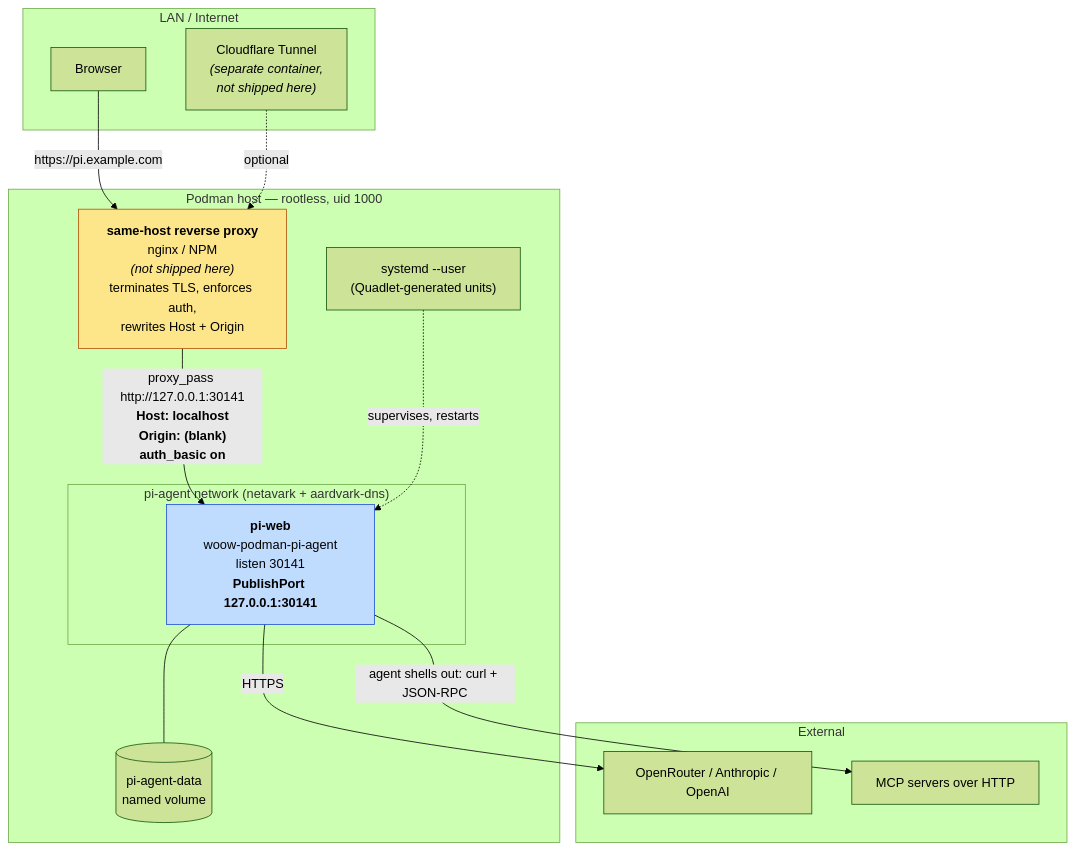
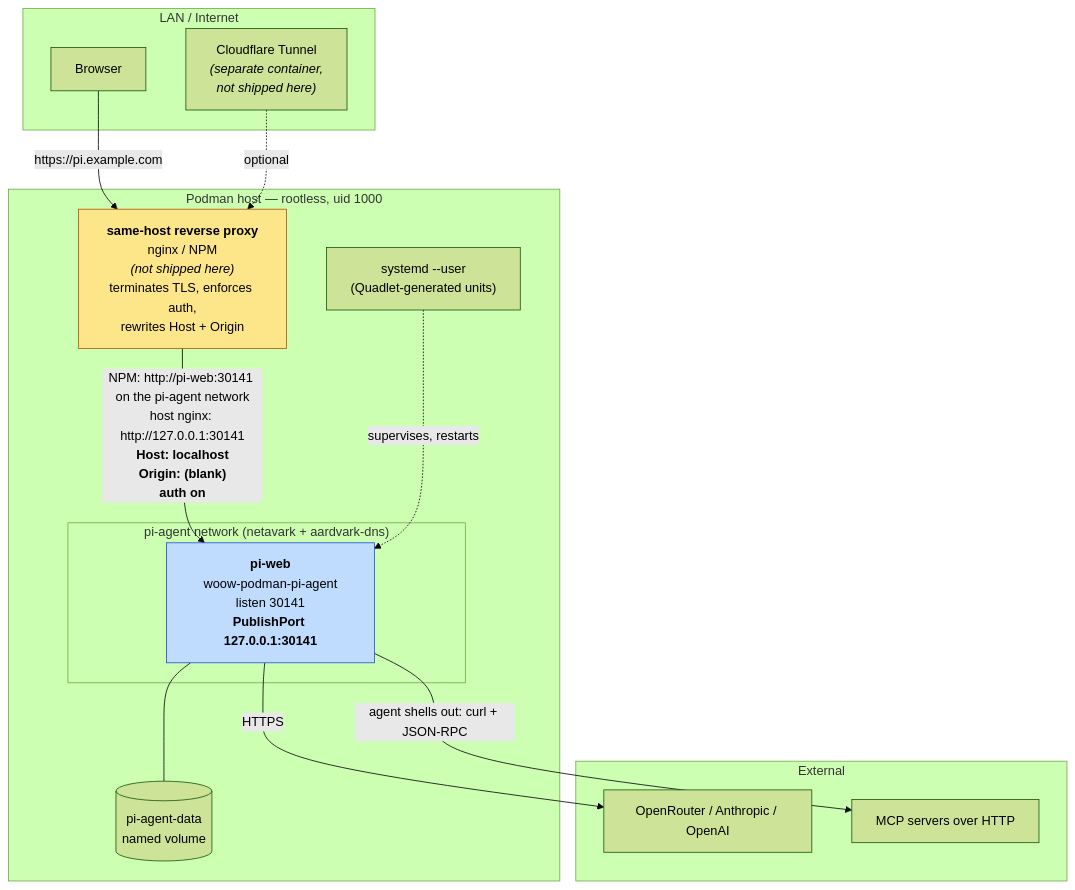
Before and after one commit to WOOWTECH/Woow_podman_pi_agent_package: the first of 5 diagrams in docs/ARCHITECTURE.md, drawn with Mermaid (forest theme). The commit also changed other lines of this file and 4 other files, not shown here.

First line of the commit message:
docs: NPM pi-web front, specifier units, install flow

````diff
--- a/docs/ARCHITECTURE.md
+++ b/docs/ARCHITECTURE.md
@@ -16,35 +16,35 @@
 ```mermaid
 graph TB
     subgraph LAN["LAN / Internet"]
         BROWSER["Browser"]
         TUNNEL["Cloudflare Tunnel<br/><i>(separate container,<br/>not shipped here)</i>"]
     end
 
     subgraph HOST["Podman host — rootless, uid 1000"]
         PROXY["<b>same-host reverse proxy</b><br/>nginx / NPM<br/><i>(not shipped here)</i><br/>terminates TLS, enforces auth,<br/>rewrites Host + Origin"]
         subgraph NET["pi-agent network (netavark + aardvark-dns)"]
             PIWEB["<b>pi-web</b><br/>woow-podman-pi-agent<br/>listen 30141<br/><b>PublishPort 127.0.0.1:30141</b>"]
         end
         VOL[("pi-agent-data<br/>named volume")]
         SD["systemd --user<br/>(Quadlet-generated units)"]
     end
 
     subgraph EXT["External"]
         OR["OpenRouter / Anthropic / OpenAI"]
         MCP["MCP servers over HTTP"]
     end
 
     BROWSER -->|"https://pi.example.com"| PROXY
     TUNNEL -.->|"optional"| PROXY
-    PROXY -->|"proxy_pass http://127.0.0.1:30141<br/><b>Host: localhost</b><br/><b>Origin: (blank)</b><br/><b>auth_basic on</b>"| PIWEB
+    PROXY -->|"NPM: http://pi-web:30141 on the pi-agent network<br/>host nginx: http://127.0.0.1:30141<br/><b>Host: localhost</b><br/><b>Origin: (blank)</b><br/><b>auth on</b>"| PIWEB
     PIWEB --- VOL
     PIWEB -->|"HTTPS"| OR
     PIWEB -->|"agent shells out: curl + JSON-RPC"| MCP
     SD -.->|"supervises, restarts"| PIWEB
 
     classDef pub fill:#fde68a,stroke:#b45309,color:#000
     classDef priv fill:#bfdbfe,stroke:#1d4ed8,color:#000
     classDef ext fill:#e5e7eb,stroke:#6b7280,color:#000,stroke-dasharray:4
     class PROXY pub
     class PIWEB priv
 ```
````
